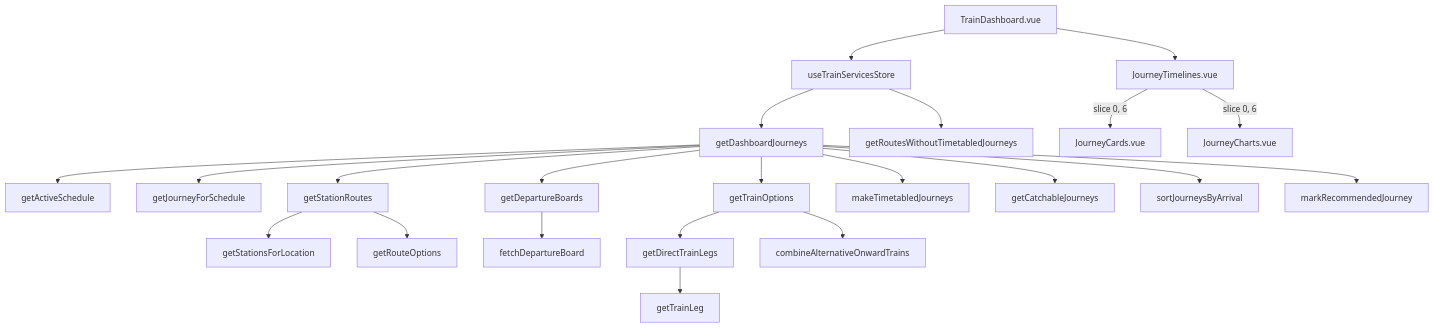
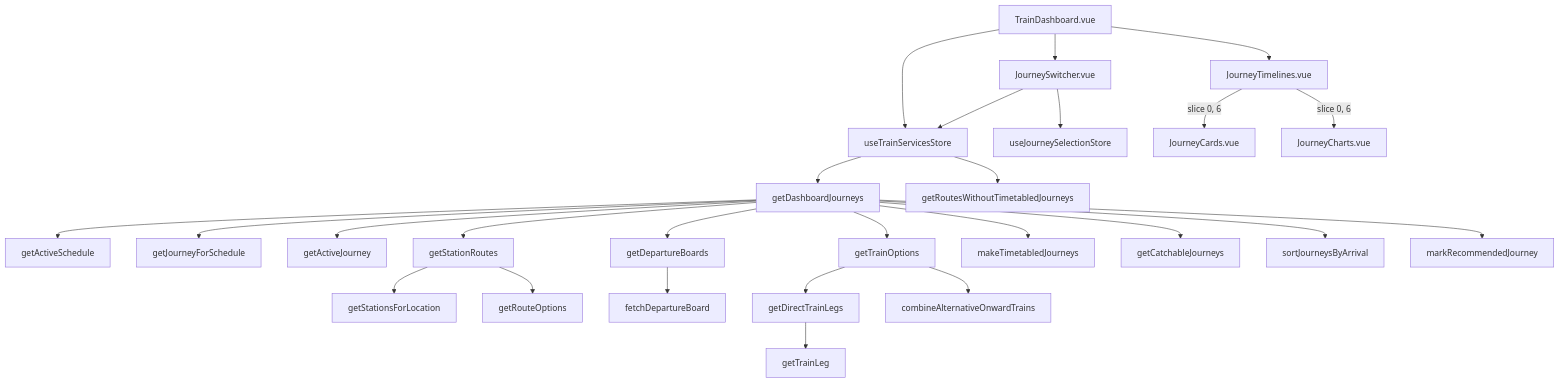
The second of 2 diagrams in docs/journey-planning.md (nd9600/trainDashboard), drawn with Mermaid before and after one commit. The commit also changed other lines of this file and 14 other files, not shown here.

Commit message:
working on journey switcher

````diff
--- a/docs/journey-planning.md
+++ b/docs/journey-planning.md
@@ -64,49 +79,57 @@
 ```mermaid
 flowchart TD
     dashboard[TrainDashboard.vue]
     store[useTrainServicesStore]
     pipeline[getDashboardJourneys]
     active[getActiveSchedule]
-    configured[getJourneyForSchedule]
+    predicted[getJourneyForSchedule]
+    selected[getActiveJourney]
+    switcher[JourneySwitcher.vue]
+    selectionStore[useJourneySelectionStore]
     routes[getStationRoutes]
     stations[getStationsForLocation]
     options[getRouteOptions]
     boards[getDepartureBoards]
     api[fetchDepartureBoard]
     trains[getTrainOptions]
     direct[getDirectTrainLegs]
     service[getTrainLeg]
     alternatives[combineAlternativeOnwardTrains]
     sections[makeTimetabledJourneys]
     catchable[getCatchableJourneys]
     sort[sortJourneysByArrival]
     recommended[markRecommendedJourney]
     missing[getRoutesWithoutTimetabledJourneys]
     timelines[JourneyTimelines.vue]
     cards[JourneyCards.vue]
     charts[JourneyCharts.vue]
 
     dashboard --> store
     store --> pipeline
     pipeline --> active
-    pipeline --> configured
+    pipeline --> predicted
+    pipeline --> selected
     pipeline --> routes
     routes --> stations
     routes --> options
 
     pipeline --> boards
     boards --> api
     pipeline --> trains
     trains --> direct
     trains --> alternatives
     direct --> service
     pipeline --> sections
     pipeline --> catchable
     pipeline --> sort
     pipeline --> recommended
 
+    dashboard --> switcher
+    switcher --> store
+    switcher --> selectionStore
+
     store --> missing
     dashboard --> timelines
     timelines -->|slice 0, 6| cards
     timelines -->|slice 0, 6| charts
 ```
````
